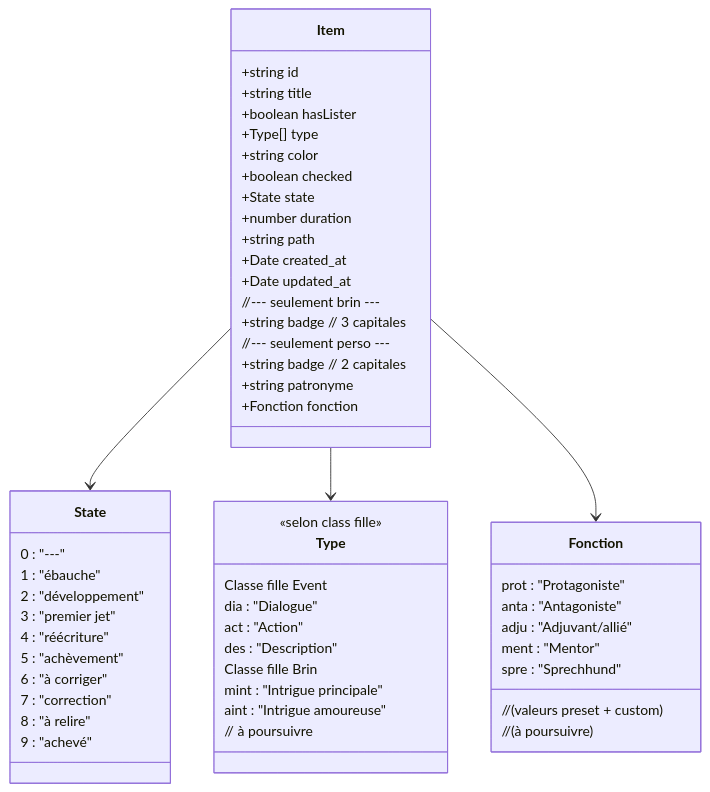
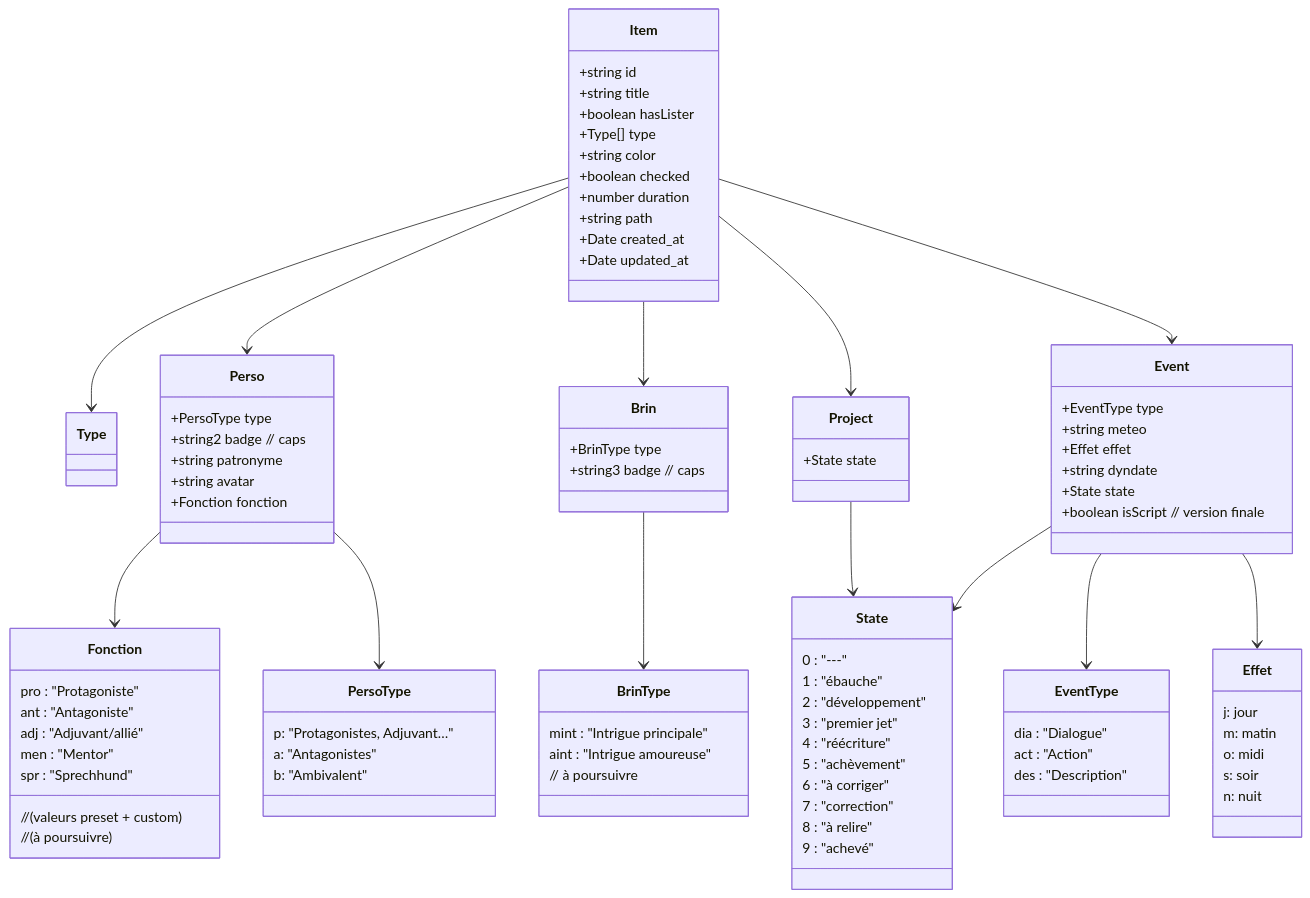
The second of 3 diagrams in dev/Specs-modeles.md (PhilippePerret/Eventer3), drawn with Mermaid before and after one commit. The commit also changed other lines of this file and 33 other files, not shown here.

```diff
--- a/dev/Specs-modeles.md
+++ b/dev/Specs-modeles.md
@@ -140,17 +140,10 @@
 		+Type[] type
 		+string color
 		+boolean checked
-		+State state
 		+number duration
 		+string path
 		+Date created_at
 		+Date updated_at
-		//--- seulement brin ---
-		+string badge // 3 capitales
-		//--- seulement perso ---
-		+string badge // 2 capitales
-		+string patronyme
-		+Fonction fonction
 	}
 	
 	class State {
@@ -166,31 +159,81 @@
     9 : "achevé"
   }
 	
-	class Type {
-		<<selon class fille>>
-		Classe fille Event
-			dia : "Dialogue"
-			act : "Action"
-			des : "Description"
-		Classe fille Brin
+	class BrinType {
 			mint : "Intrigue principale"
 			aint : "Intrigue amoureuse"
 			// à poursuivre
 	}
+
+	class EventType {
+			dia : "Dialogue"
+			act : "Action"
+			des : "Description"
+	}
 	
 	class Fonction {
     // (valeurs preset + custom)
-    prot		: "Protagoniste"
-    anta		: "Antagoniste"
-    adju		: "Adjuvant/allié"
-    ment		: "Mentor"
-    spre		: "Sprechhund"
+    pro		: "Protagoniste"
+    ant		: "Antagoniste"
+    adj		: "Adjuvant/allié"
+    men		: "Mentor"
+    spr		: "Sprechhund"
     // (à poursuivre)
 	}
 	
-	Item --> State
+	class Effet {
+		j: jour
+		m: matin
+		o: midi
+		s: soir
+		n: nuit
+	}
+	
+	class Event {
+		+EventType type
+		+string meteo
+		+Effet effet 
+		+string dyndate
+		+State state
+		+boolean isScript // version finale
+	}
+	
+	class Project {
+		+State state	
+	}
+	
+	class Perso {
+		+PersoType type
+		+string2 badge // caps
+		+string patronyme
+		+string avatar
+		+Fonction fonction	
+	}
+	
+	class PersoType {
+		p: "Protagonistes, Adjuvant…"
+		a: "Antagonistes"
+		b: "Ambivalent"
+	}
+	
+	class Brin {
+		+BrinType type
+		+string3 badge // caps	
+	}
+	
+
 	Item --> Type
-	Item --> Fonction
+	Item --> Perso
+	Perso --> Fonction
+	Perso --> PersoType
+	Event --> State
+	Event --> EventType
+  Item --> Brin
+  Brin --> BrinType
+	Item --> Project
+	Project --> State
+	Item --> Event 
+	Event --> Effet
 	
 
 ~~~
```
